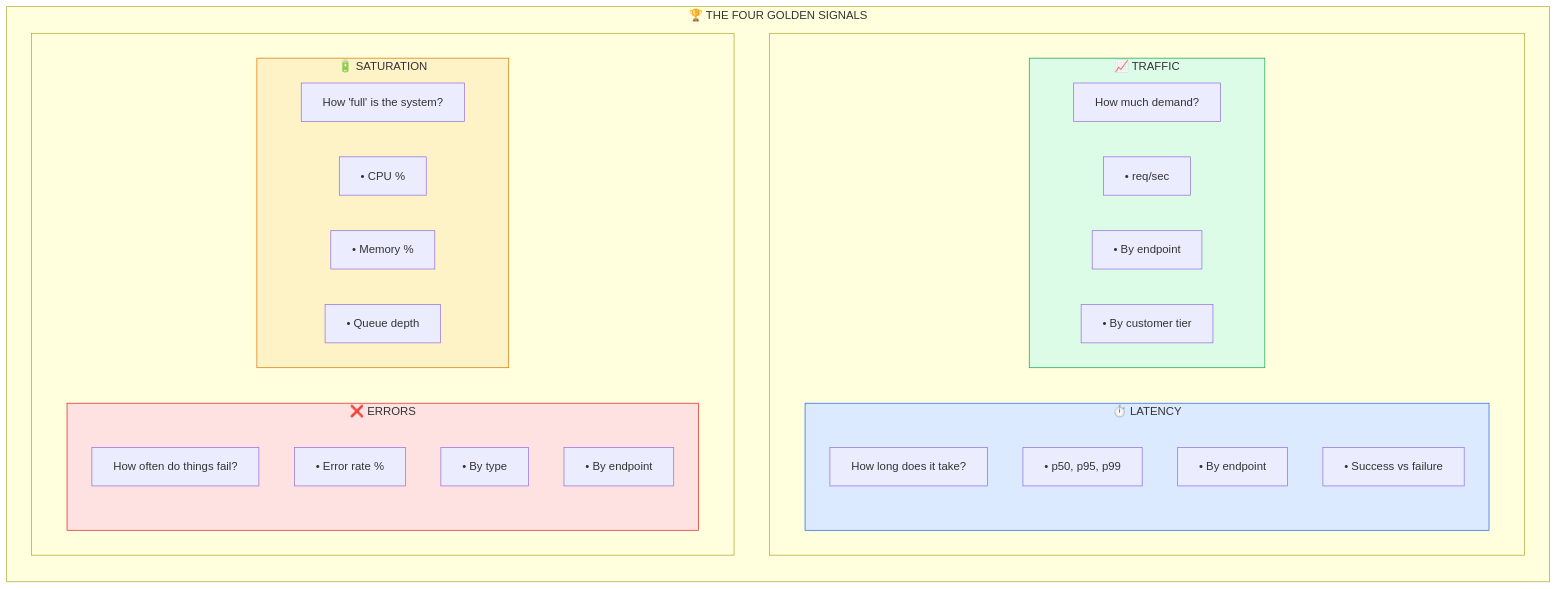
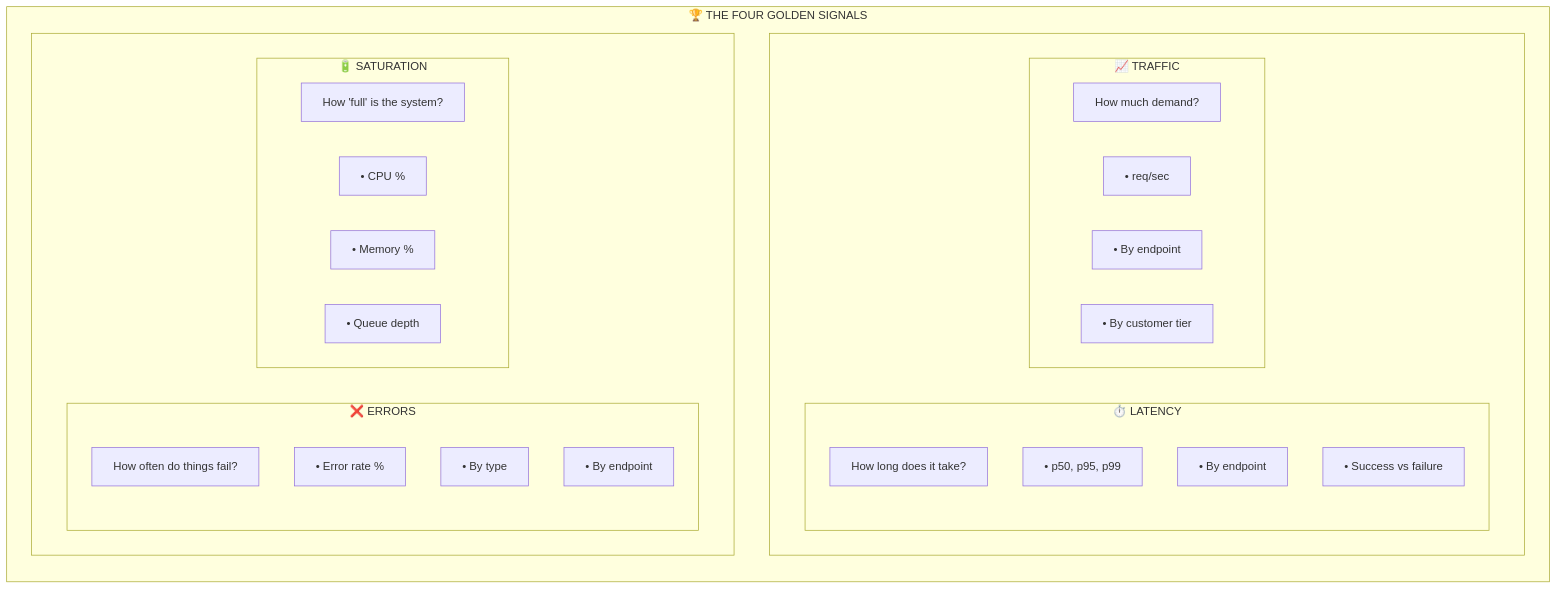
Before and after one commit to shivam-g-mishra/blog: the second of 4 diagrams in docs/observability/metrics.md, drawn with Mermaid. The commit also changed other lines of this file and 23 other files, not shown here.

First line of the commit message:
fix: improve Mermaid diagram visibility in dark mode

````diff
--- a/docs/observability/metrics.md
+++ b/docs/observability/metrics.md
@@ -297,45 +292,40 @@
 ```mermaid
 flowchart TB
     subgraph golden["🏆 THE FOUR GOLDEN SIGNALS"]
         direction TB
         
         subgraph row1[" "]
             direction LR
             subgraph latency["⏱️ LATENCY"]
                 lat1["How long does it take?"]
                 lat2["• p50, p95, p99"]
                 lat3["• By endpoint"]
                 lat4["• Success vs failure"]
             end
             
             subgraph traffic["📈 TRAFFIC"]
                 traf1["How much demand?"]
                 traf2["• req/sec"]
                 traf3["• By endpoint"]
                 traf4["• By customer tier"]
             end
         end
         
         subgraph row2[" "]
             direction LR
             subgraph errors["❌ ERRORS"]
                 err1["How often do things fail?"]
                 err2["• Error rate %"]
                 err3["• By type"]
                 err4["• By endpoint"]
             end
             
             subgraph saturation["🔋 SATURATION"]
                 sat1["How 'full' is the system?"]
                 sat2["• CPU %"]
                 sat3["• Memory %"]
                 sat4["• Queue depth"]
             end
         end
     end
-    
-    style latency fill:#dbeafe,stroke:#2563eb
-    style traffic fill:#dcfce7,stroke:#16a34a
-    style errors fill:#fee2e2,stroke:#dc2626
-    style saturation fill:#fef3c7,stroke:#d97706
 ```
````
